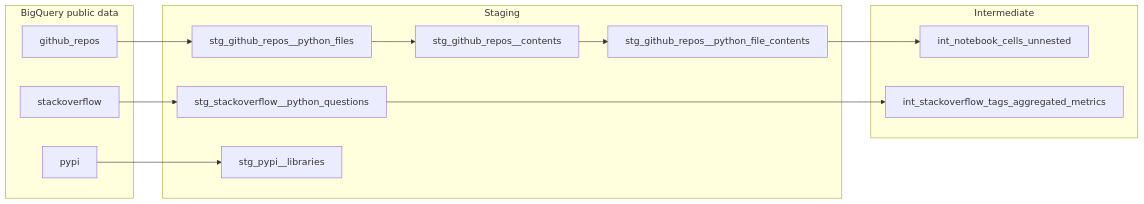
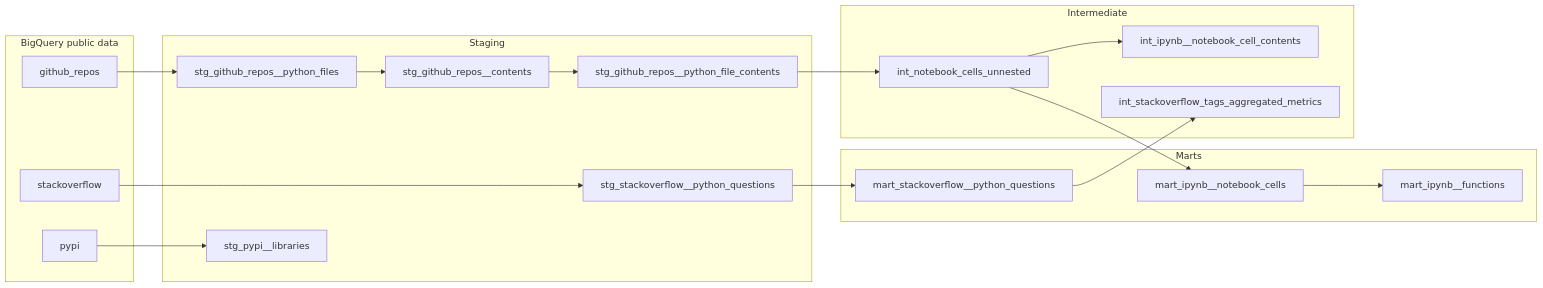
One commit to the-datastrategist/the-most-python changed the diagram in README.md. Above: the diagram before and after it, drawn with Mermaid. The commit also changed other lines of this file and 1 other file, not shown here.

````diff
--- a/README.md
+++ b/README.md
@@ -34,25 +35,33 @@
 ```mermaid
 flowchart LR
   subgraph sources [BigQuery public data]
     GH[github_repos]
     SO[stackoverflow]
     PY[pypi]
   end
 
   subgraph staging [Staging]
     PF[stg_github_repos__python_files]
     PC[stg_github_repos__contents]
     PFC[stg_github_repos__python_file_contents]
     SQ[stg_stackoverflow__python_questions]
     PL[stg_pypi__libraries]
   end
 
   subgraph intermediate [Intermediate]
     NC[int_notebook_cells_unnested]
+    CC[int_ipynb__notebook_cell_contents]
     TA[int_stackoverflow_tags_aggregated_metrics]
   end
 
-  GH --> PF --> PC --> PFC --> NC
-  SO --> SQ --> TA
+  subgraph marts [Marts]
+    MNC[mart_ipynb__notebook_cells]
+    MFN[mart_ipynb__functions]
+    MSQ[mart_stackoverflow__python_questions]
+  end
+
+  GH --> PF --> PC --> PFC --> NC --> CC
+  NC --> MNC --> MFN
+  SO --> SQ --> MSQ --> TA
   PY --> PL
 ```
````
